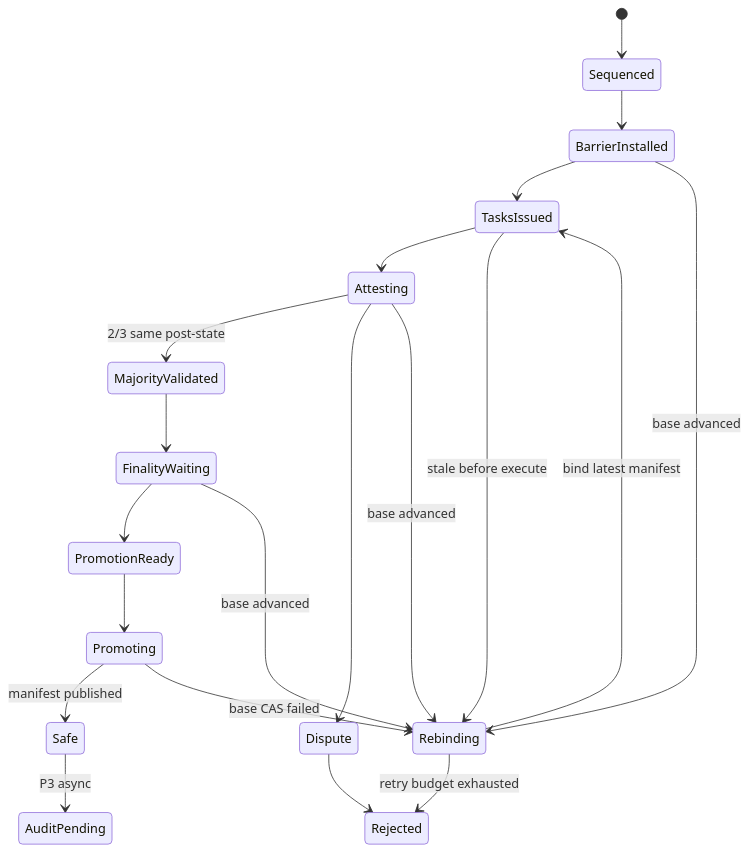
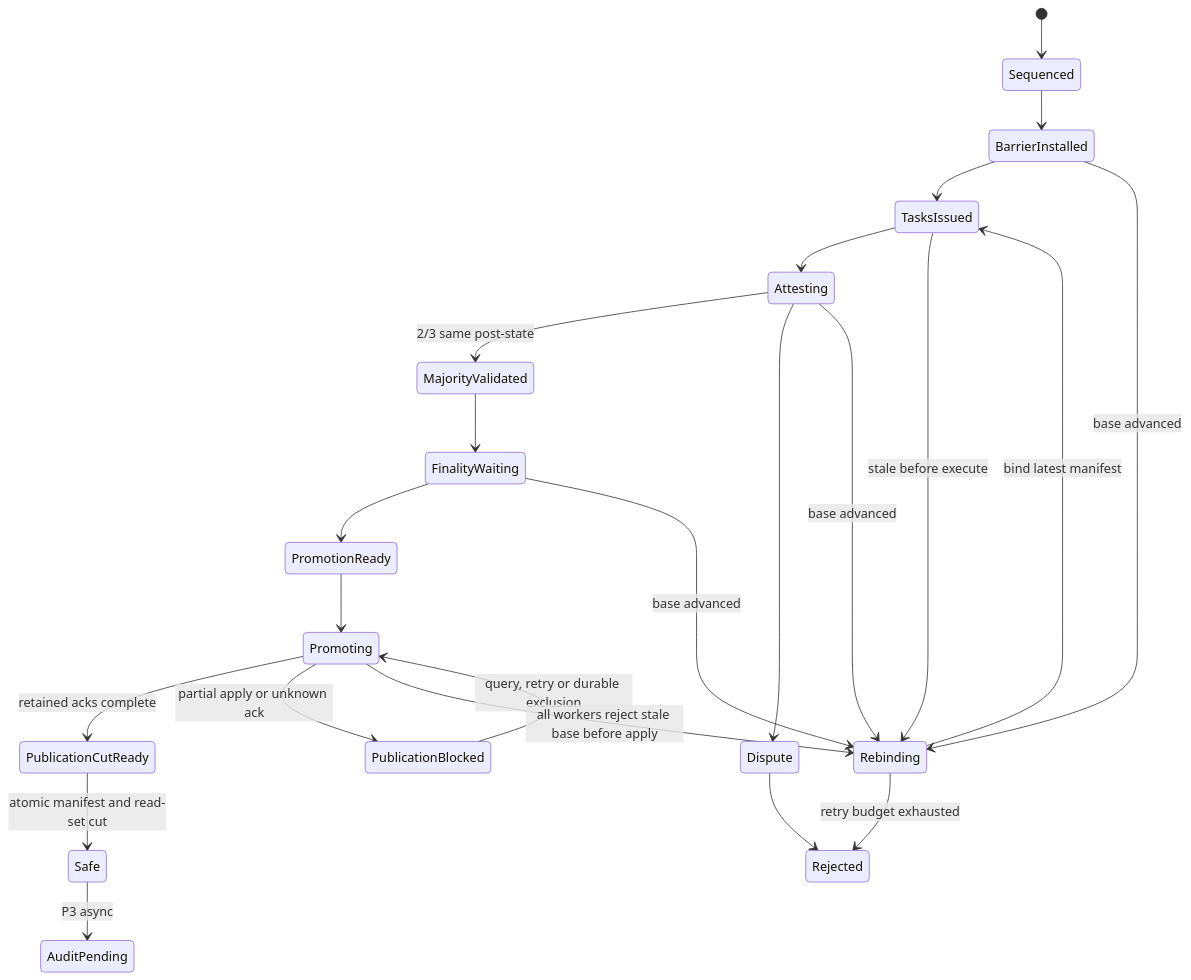
One commit to housegate/housegate changed the fourth of 4 diagrams in docs/superpowers/specs/2026-07-01-sentio-sequencer-storage-integrity-insert-bounded-update-delete-design.zh-CN.md. Above: the diagram before and after it, drawn with Mermaid. The commit also changed other lines of this file, not shown here.

Commit message:
docs: require atomic mutation publication cut

````diff
--- a/docs/superpowers/specs/2026-07-01-sentio-sequencer-storage-integrity-insert-bounded-update-delete-design.zh-CN.md
+++ b/docs/superpowers/specs/2026-07-01-sentio-sequencer-storage-integrity-insert-bounded-update-delete-design.zh-CN.md
@@ -338,22 +363,25 @@
 ```mermaid
 stateDiagram-v2
   [*] --> Sequenced
   Sequenced --> BarrierInstalled
   BarrierInstalled --> TasksIssued
   TasksIssued --> Attesting
   Attesting --> MajorityValidated: 2/3 same post-state
   Attesting --> Dispute
   MajorityValidated --> FinalityWaiting
   FinalityWaiting --> PromotionReady
   PromotionReady --> Promoting
-  Promoting --> Safe: manifest published
+  Promoting --> PublicationCutReady: retained acks complete
+  Promoting --> PublicationBlocked: partial apply or unknown ack
+  PublicationBlocked --> Promoting: query, retry or durable exclusion
+  PublicationCutReady --> Safe: atomic manifest and read-set cut
   Safe --> AuditPending: P3 async
   BarrierInstalled --> Rebinding: base advanced
   TasksIssued --> Rebinding: stale before execute
   Attesting --> Rebinding: base advanced
   FinalityWaiting --> Rebinding: base advanced
-  Promoting --> Rebinding: base CAS failed
+  Promoting --> Rebinding: all workers reject stale base before apply
   Rebinding --> TasksIssued: bind latest manifest
   Rebinding --> Rejected: retry budget exhausted
   Dispute --> Rejected
 ```
````
